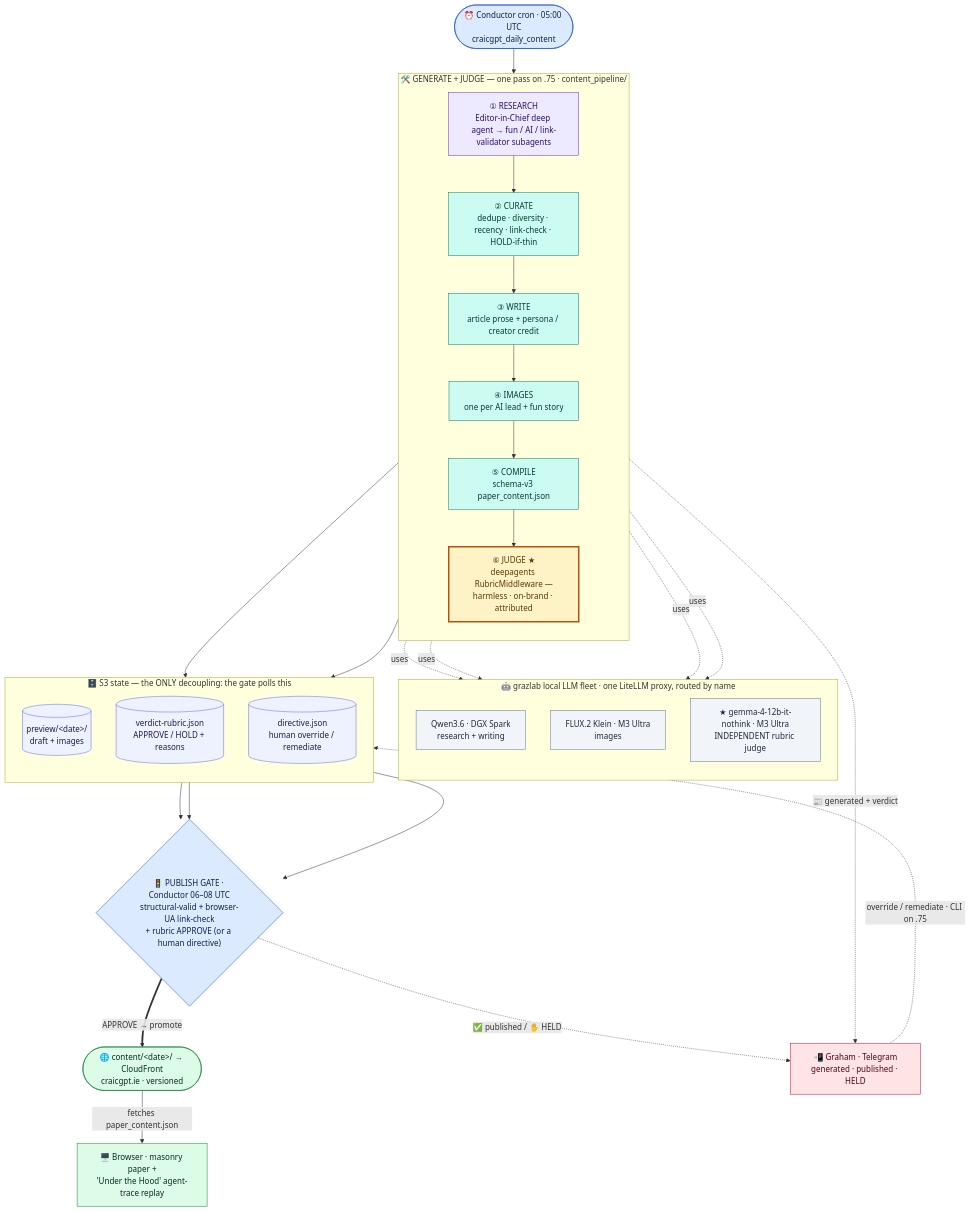
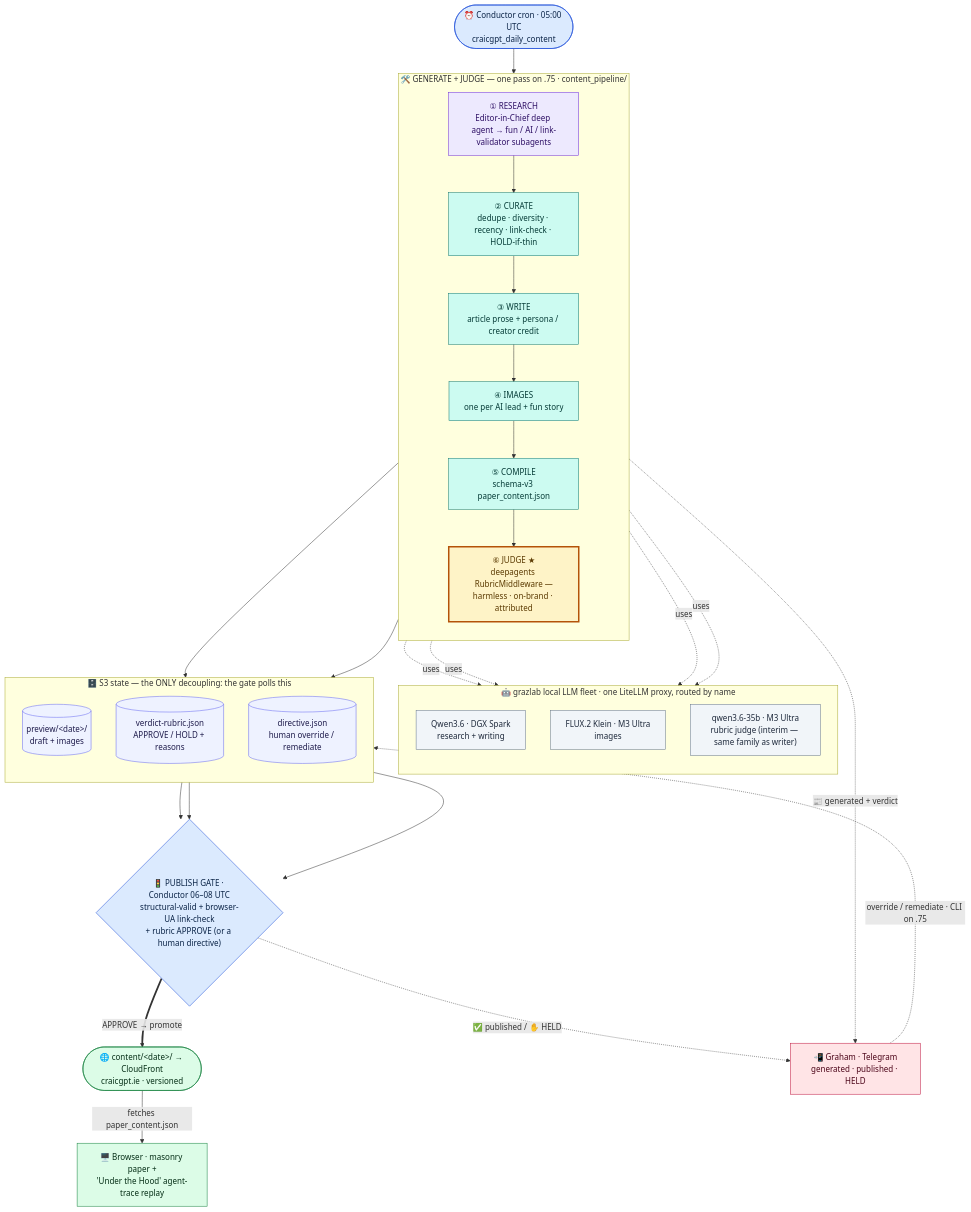
Before and after one commit to allthingsclowd/craicgpt.ie: the first of 2 diagrams in README.md, drawn with Mermaid. The commit also changed other lines of this file and 5 other files, not shown here.

First line of the commit message:
docs: reflect rubric judge revert to qwen3.6-35b (interim)

````diff
--- a/README.md
+++ b/README.md
@@ -62,61 +63,61 @@
 ```mermaid
 flowchart TD
     %% colour by ROLE so the deterministic-vs-LLM split is visible at a glance
     classDef sched fill:#dbeafe,stroke:#1d4ed8,color:#0b2447;
     classDef agent fill:#ede9fe,stroke:#6d28d9,color:#2e1065;
     classDef code  fill:#ccfbf1,stroke:#0f766e,color:#053b37;
     classDef judge fill:#fef3c7,stroke:#b45309,color:#5b3a02,stroke-width:3px;
     classDef model fill:#f1f5f9,stroke:#64748b,color:#1e293b;
     classDef store fill:#eef2ff,stroke:#6366f1,color:#1e1b4b;
     classDef live  fill:#dcfce7,stroke:#15803d,color:#052e16;
     classDef human fill:#ffe4e6,stroke:#be123c,color:#4c0519;
 
     CRON(["⏰ Conductor cron · 05:00 UTC<br/>craicgpt_daily_content"]):::sched
 
     subgraph BUILD["🛠️ GENERATE + JUDGE — one pass on .75 · content_pipeline/"]
         direction TB
         R["① RESEARCH<br/>Editor-in-Chief deep agent → fun / AI / link-validator subagents"]:::agent
         C["② CURATE<br/>dedupe · diversity · recency · link-check · HOLD-if-thin"]:::code
         W["③ WRITE<br/>article prose + persona / creator credit"]:::code
         IMG["④ IMAGES<br/>one per AI lead + fun story"]:::code
         K["⑤ COMPILE<br/>schema-v3 paper_content.json"]:::code
         J["⑥ JUDGE ★<br/>deepagents RubricMiddleware —<br/>harmless · on-brand · attributed"]:::judge
         R --> C --> W --> IMG --> K --> J
     end
 
     subgraph FLEET["🤖 grazlab local LLM fleet · one LiteLLM proxy, routed by name"]
         direction TB
         QWEN["Qwen3.6 · DGX Spark<br/>research + writing"]:::model
         FLUXM["FLUX.2 Klein · M3 Ultra<br/>images"]:::model
-        GEMMA["★ gemma-4-12b-it-nothink · M3 Ultra<br/>INDEPENDENT rubric judge"]:::model
+        GEMMA["qwen3.6-35b · M3 Ultra<br/>rubric judge (interim — same family as writer)"]:::model
     end
 
     subgraph STATE["🗄️ S3 state — the ONLY decoupling: the gate polls this"]
         direction TB
         DRAFT[("preview/&lt;date&gt;/<br/>draft + images")]:::store
         VRUB[("verdict-rubric.json<br/>APPROVE / HOLD + reasons")]:::store
         DIR[("directive.json<br/>human override / remediate")]:::store
     end
 
     GATE{"🚦 PUBLISH GATE · Conductor 06–08 UTC<br/>structural-valid + browser-UA link-check<br/>+ rubric APPROVE (or a human directive)"}:::sched
 
     LIVE(["🌐 content/&lt;date&gt;/ → CloudFront<br/>craicgpt.ie · versioned"]):::live
     WEB["🖥️ Browser · masonry paper +<br/>'Under the Hood' agent-trace replay"]:::live
     GRAHAM["📲 Graham · Telegram<br/>generated · published · HELD"]:::human
 
     %% data flow
     CRON --> R
     R -. uses .-> QWEN
     W -. uses .-> QWEN
     IMG -. uses .-> FLUXM
     J -. uses .-> GEMMA
     J --> DRAFT & VRUB
     J -. "📰 generated + verdict" .-> GRAHAM
     DRAFT --> GATE
     VRUB --> GATE
     DIR --> GATE
     GRAHAM -. "override / remediate · CLI on .75" .-> DIR
     GATE ==>|"APPROVE → promote"| LIVE
     GATE -. "✅ published / ✋ HELD" .-> GRAHAM
     LIVE -->|fetches paper_content.json| WEB
 ```
````
